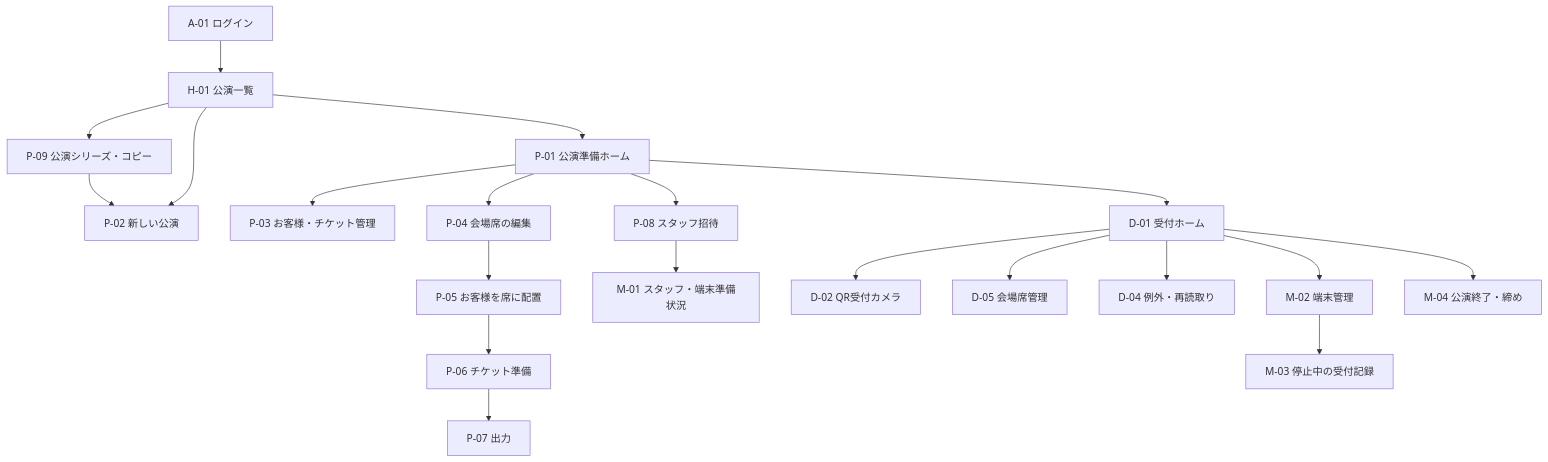
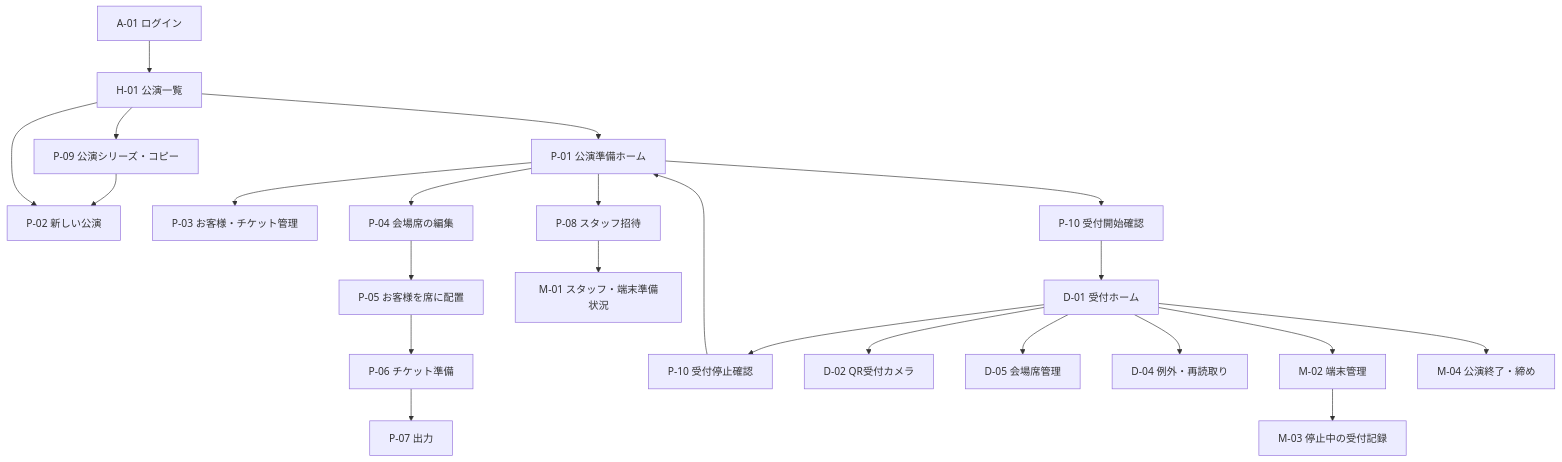
The first of 2 diagrams in docs/development/screen-flow-wireframe-design.md (EU0207/concert-reception-system), drawn with Mermaid before and after one commit. The commit also changed other lines of this file and 9 other files, not shown here.

````diff
--- a/docs/development/screen-flow-wireframe-design.md
+++ b/docs/development/screen-flow-wireframe-design.md
@@ -137,22 +138,25 @@
 ```mermaid
 flowchart TD
     Login[A-01 ログイン] --> Home[H-01 公演一覧]
     Home --> Series[P-09 公演シリーズ・コピー]
     Series --> New
     Home --> New[P-02 新しい公演]
     Home --> Prep[P-01 公演準備ホーム]
     Prep --> Guests[P-03 お客様・チケット管理]
     Prep --> SeatEdit[P-04 会場席の編集]
     SeatEdit --> Allocate[P-05 お客様を席に配置]
     Allocate --> Ticket[P-06 チケット準備]
     Ticket --> Output[P-07 出力]
     Prep --> Staff[P-08 スタッフ招待]
     Staff --> Devices[M-01 スタッフ・端末準備状況]
-    Prep --> Day[D-01 受付ホーム]
+    Prep --> Start[P-10 受付開始確認]
+    Start --> Day[D-01 受付ホーム]
+    Day --> Stop[P-10 受付停止確認]
+    Stop --> Prep
     Day --> Camera[D-02 QR受付カメラ]
     Day --> Seat[D-05 会場席管理]
     Day --> Exception[D-04 例外・再読取り]
     Day --> DeviceAdmin[M-02 端末管理]
     DeviceAdmin --> Quarantine[M-03 停止中の受付記録]
     Day --> Close[M-04 公演終了・締め]
 ```
````
